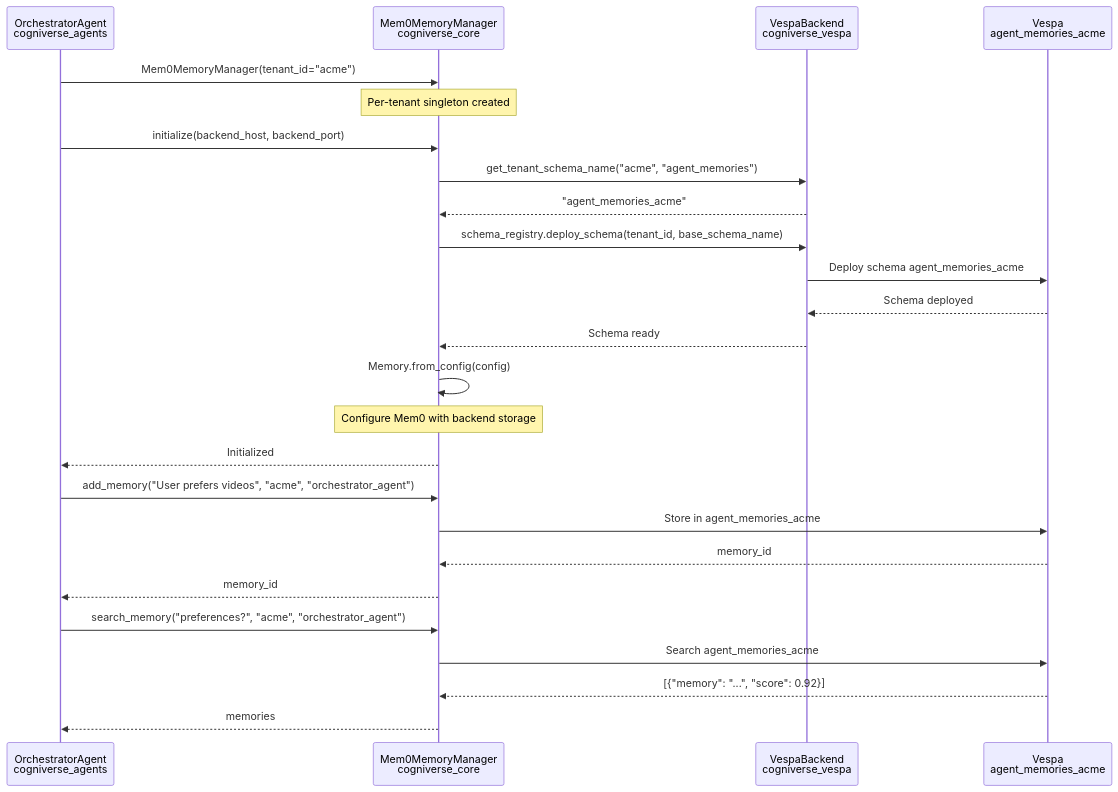
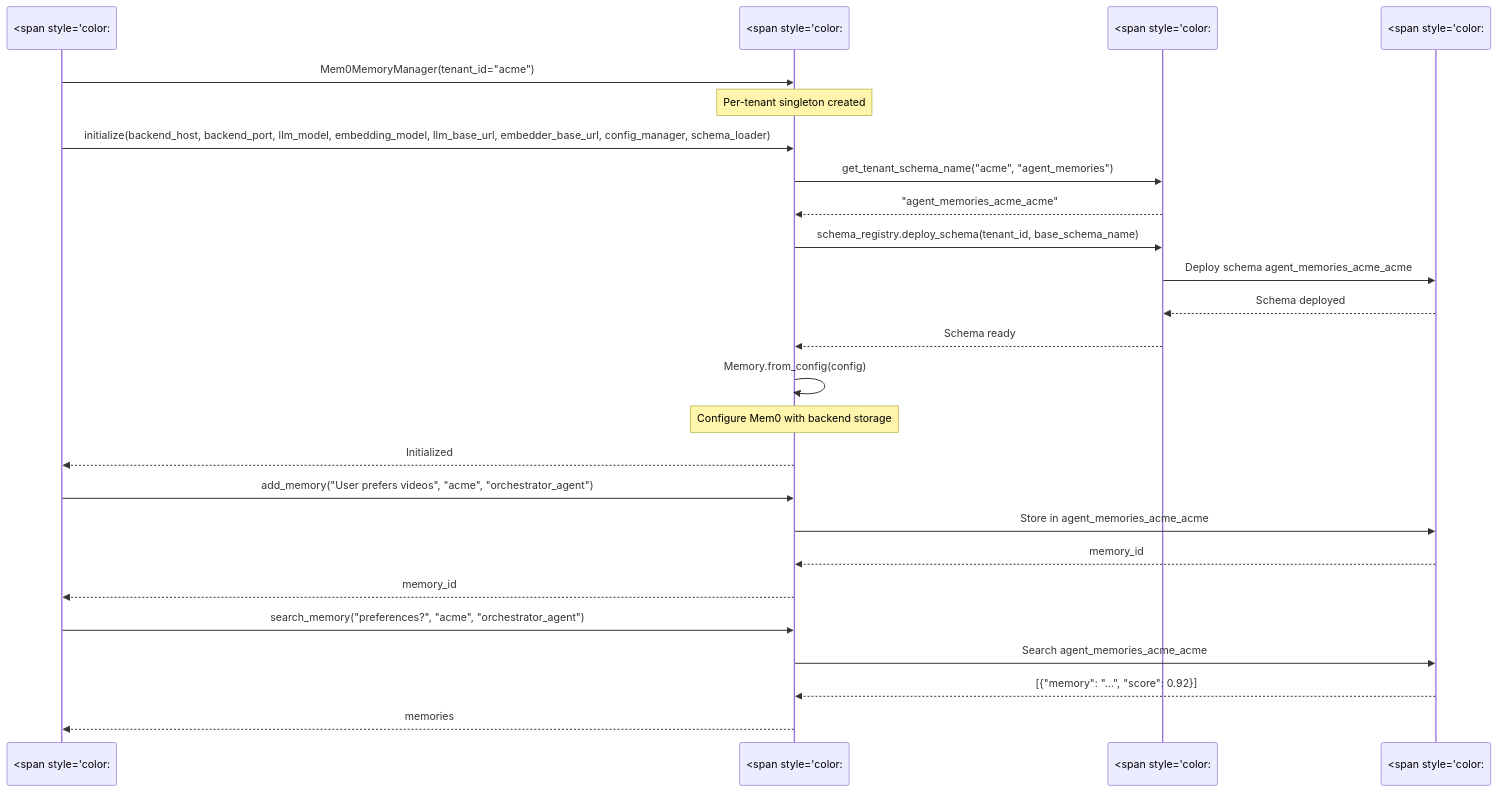
One commit to amit-jain/cogniverse changed the fourth of 4 diagrams in docs/modules/common.md. Above: the diagram before and after it, drawn with Mermaid. The commit also changed other lines of this file and 292 other files, not shown here.

````diff
--- a/docs/modules/common.md
+++ b/docs/modules/common.md
@@ -689,31 +687,31 @@
 ```mermaid
 sequenceDiagram
-    participant Agent as OrchestratorAgent<br/>cogniverse_agents
-    participant MemMgr as Mem0MemoryManager<br/>cogniverse_core
-    participant Backend as VespaBackend<br/>cogniverse_vespa
-    participant Vespa as Vespa<br/>agent_memories_acme
+    participant Agent as <span style='color:#000'>OrchestratorAgent<br/>cogniverse_agents</span>
+    participant MemMgr as <span style='color:#000'>Mem0MemoryManager<br/>cogniverse_core</span>
+    participant Backend as <span style='color:#000'>VespaBackend<br/>cogniverse_vespa</span>
+    participant Vespa as <span style='color:#000'>Vespa<br/>agent_memories_acme_acme</span>
 
     Agent->>MemMgr: Mem0MemoryManager(tenant_id="acme")
     Note over MemMgr: Per-tenant singleton created
 
-    Agent->>MemMgr: initialize(backend_host, backend_port)
+    Agent->>MemMgr: initialize(backend_host, backend_port, llm_model, embedding_model, llm_base_url, embedder_base_url, config_manager, schema_loader)
     MemMgr->>Backend: get_tenant_schema_name("acme", "agent_memories")
-    Backend-->>MemMgr: "agent_memories_acme"
+    Backend-->>MemMgr: "agent_memories_acme_acme"
     MemMgr->>Backend: schema_registry.deploy_schema(tenant_id, base_schema_name)
-    Backend->>Vespa: Deploy schema agent_memories_acme
+    Backend->>Vespa: Deploy schema agent_memories_acme_acme
     Vespa-->>Backend: Schema deployed
     Backend-->>MemMgr: Schema ready
     MemMgr->>MemMgr: Memory.from_config(config)
     Note over MemMgr: Configure Mem0 with backend storage
     MemMgr-->>Agent: Initialized
 
     Agent->>MemMgr: add_memory("User prefers videos", "acme", "orchestrator_agent")
-    MemMgr->>Vespa: Store in agent_memories_acme
+    MemMgr->>Vespa: Store in agent_memories_acme_acme
     Vespa-->>MemMgr: memory_id
     MemMgr-->>Agent: memory_id
 
     Agent->>MemMgr: search_memory("preferences?", "acme", "orchestrator_agent")
-    MemMgr->>Vespa: Search agent_memories_acme
+    MemMgr->>Vespa: Search agent_memories_acme_acme
     Vespa-->>MemMgr: [{"memory": "...", "score": 0.92}]
     MemMgr-->>Agent: memories
 ```
````
